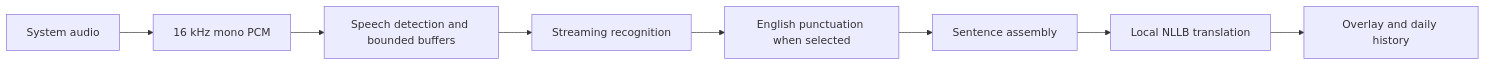
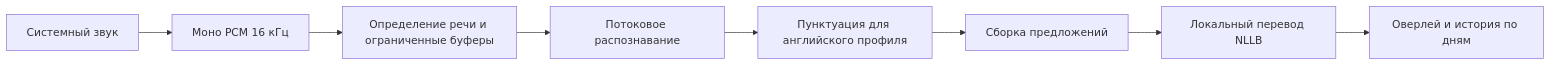
Before and after one commit to sergey-verevkin/esti-realtime-translator: the diagram in README.md, drawn with Mermaid. The commit also changed other lines of this file, not shown here.

````diff
--- a/README.md
+++ b/README.md
@@ -88,10 +90,10 @@
 ```mermaid
 flowchart LR
-    A[System audio] --> B[16 kHz mono PCM]
-    B --> C[Speech detection and bounded buffers]
-    C --> D[Streaming recognition]
-    D --> E[English punctuation when selected]
-    E --> F[Sentence assembly]
-    F --> G[Local NLLB translation]
-    G --> H[Overlay and daily history]
+    A[Системный звук] --> B[Моно PCM 16 кГц]
+    B --> C[Определение речи и ограниченные буферы]
+    C --> D[Потоковое распознавание]
+    D --> E[Пунктуация для английского профиля]
+    E --> F[Сборка предложений]
+    F --> G[Локальный перевод NLLB]
+    G --> H[Оверлей и история по дням]
 ```
````
